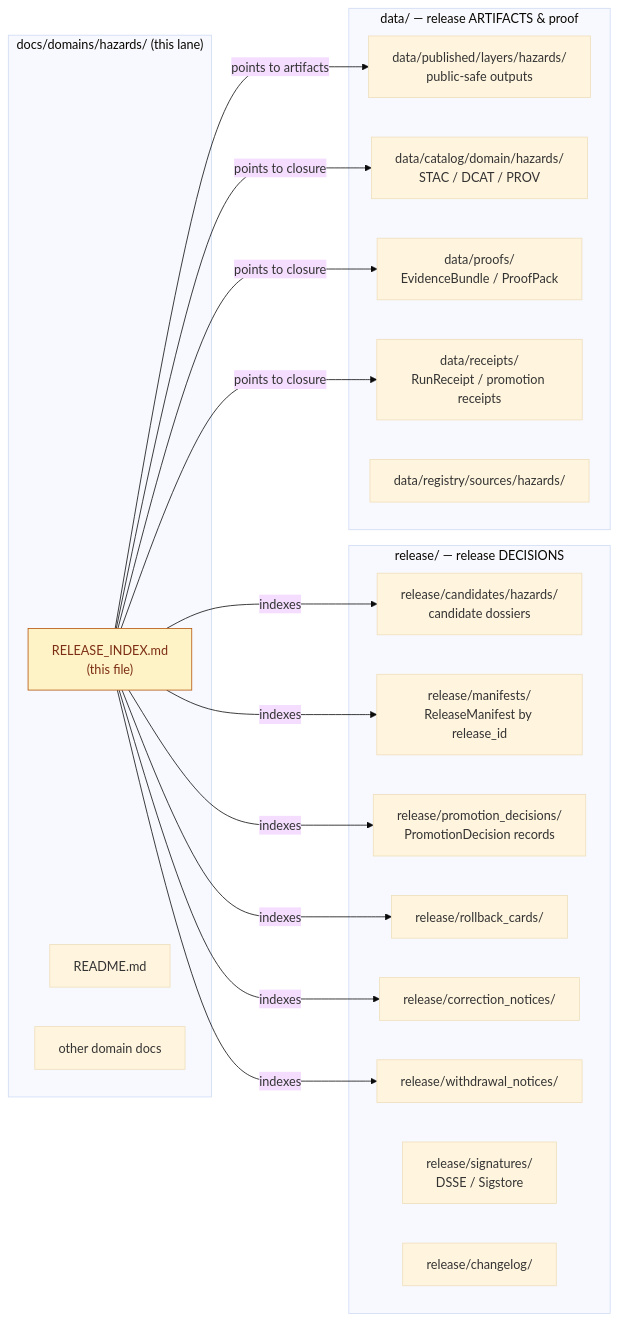
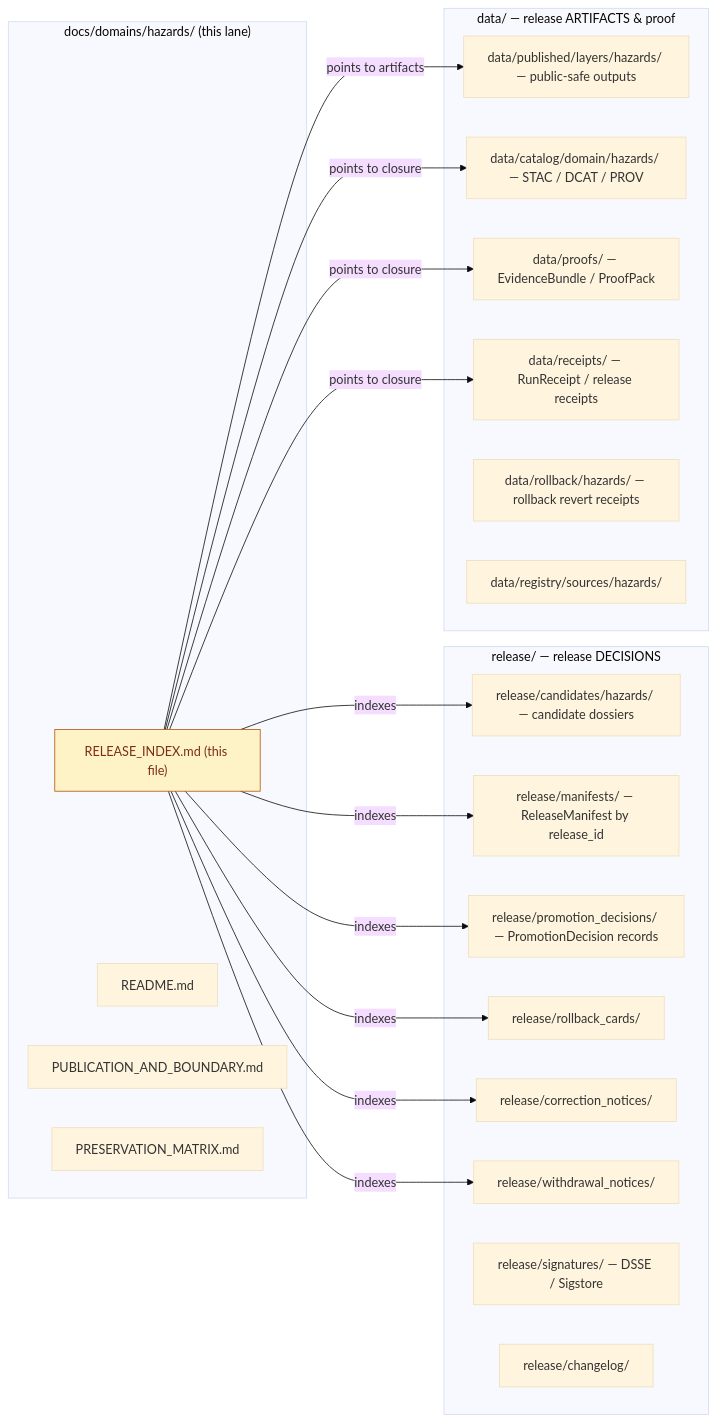
The first of 4 diagrams in docs/domains/hazards/RELEASE_INDEX.md (bartytime4life/Kansas-Frontier-Matrix), drawn with Mermaid (base theme) before and after one commit. The commit also changed other lines of this file, not shown here.

````diff
--- a/docs/domains/hazards/RELEASE_INDEX.md
+++ b/docs/domains/hazards/RELEASE_INDEX.md
@@ -113,50 +120,43 @@
 ```mermaid
 flowchart LR
   subgraph DOC["docs/domains/hazards/ (this lane)"]
-    IDX["RELEASE_INDEX.md
-(this file)"]
+    IDX["RELEASE_INDEX.md (this file)"]
     RDM["README.md"]
-    OTHER["other domain docs"]
+    PB["PUBLICATION_AND_BOUNDARY.md"]
+    PM["PRESERVATION_MATRIX.md"]
   end
 
   subgraph REL["release/ — release DECISIONS"]
-    CAND["release/candidates/hazards/
-candidate dossiers"]
-    MAN["release/manifests/
-ReleaseManifest by release_id"]
-    PRO["release/promotion_decisions/
-PromotionDecision records"]
+    CAND["release/candidates/hazards/ — candidate dossiers"]
+    MAN["release/manifests/ — ReleaseManifest by release_id"]
+    PRO["release/promotion_decisions/ — PromotionDecision records"]
     RBK["release/rollback_cards/"]
     CN["release/correction_notices/"]
     WN["release/withdrawal_notices/"]
-    SIG["release/signatures/
-DSSE / Sigstore"]
+    SIG["release/signatures/ — DSSE / Sigstore"]
     CHG["release/changelog/"]
   end
 
   subgraph DATA["data/ — release ARTIFACTS & proof"]
-    PUB["data/published/layers/hazards/
-public-safe outputs"]
-    CAT["data/catalog/domain/hazards/
-STAC / DCAT / PROV"]
-    PR["data/proofs/
-EvidenceBundle / ProofPack"]
-    RC["data/receipts/
-RunReceipt / promotion receipts"]
+    PUB["data/published/layers/hazards/ — public-safe outputs"]
+    CAT["data/catalog/domain/hazards/ — STAC / DCAT / PROV"]
+    PR["data/proofs/ — EvidenceBundle / ProofPack"]
+    RC["data/receipts/ — RunReceipt / release receipts"]
+    RBD["data/rollback/hazards/ — rollback revert receipts"]
     REG["data/registry/sources/hazards/"]
   end
 
   IDX -->|"indexes"| MAN
   IDX -->|"indexes"| CAND
   IDX -->|"indexes"| PRO
   IDX -->|"indexes"| RBK
   IDX -->|"indexes"| CN
   IDX -->|"indexes"| WN
   IDX -->|"points to artifacts"| PUB
   IDX -->|"points to closure"| CAT
   IDX -->|"points to closure"| PR
   IDX -->|"points to closure"| RC
 
   classDef thisFile fill:#FEF3C7,stroke:#B45309,color:#7C2D12;
   class IDX thisFile;
 ```
````
